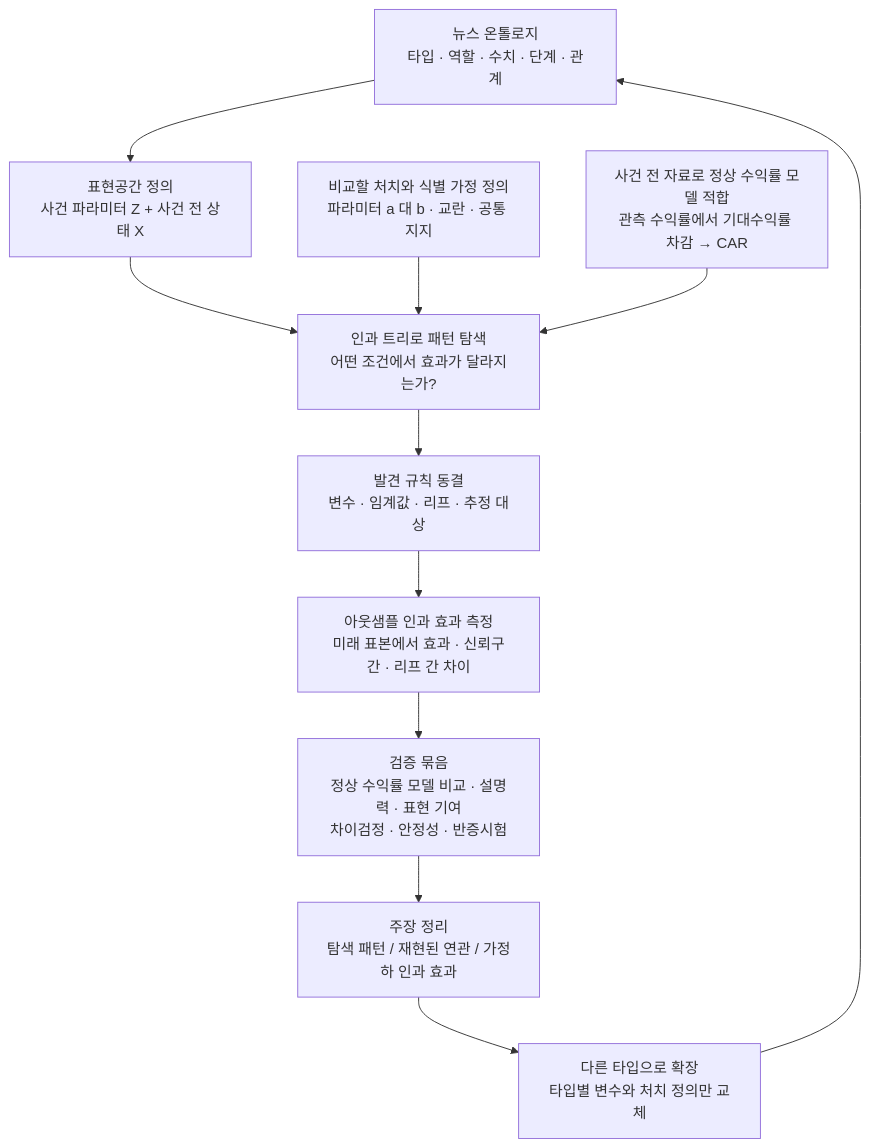
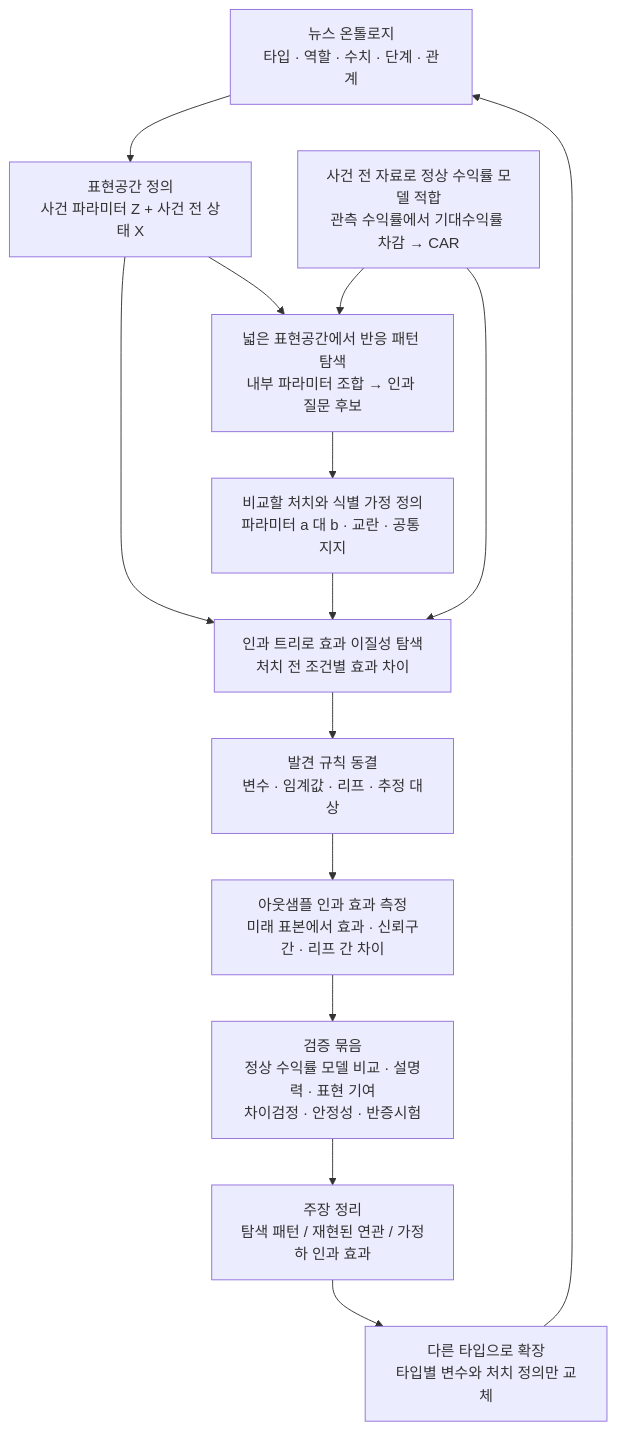
Before and after one commit to alphaeveryday/edge: the diagram in docs/research/README.md, drawn with Mermaid. The commit also changed other lines of this file and 4 other files, not shown here.

````diff
--- a/docs/research/README.md
+++ b/docs/research/README.md
@@ -9,13 +9,16 @@
 ```mermaid
 flowchart TD
     A["뉴스 온톨로지<br/>타입 · 역할 · 수치 · 단계 · 관계"] --> B["표현공간 정의<br/>사건 파라미터 Z + 사건 전 상태 X"]
-    B --> C["인과 트리로 패턴 탐색<br/>어떤 조건에서 효과가 달라지는가?"]
+    B --> R["넓은 표현공간에서 반응 패턴 탐색<br/>내부 파라미터 조합 → 인과 질문 후보"]
+    R --> I
+    B --> C["인과 트리로 효과 이질성 탐색<br/>처치 전 조건별 효과 차이"]
     I["비교할 처치와 식별 가정 정의<br/>파라미터 a 대 b · 교란 · 공통 지지"] --> C
     N["사건 전 자료로 정상 수익률 모델 적합<br/>관측 수익률에서 기대수익률 차감 → CAR"] --> C
+    N --> R
     C --> D["발견 규칙 동결<br/>변수 · 임계값 · 리프 · 추정 대상"]
     D --> E["아웃샘플 인과 효과 측정<br/>미래 표본에서 효과 · 신뢰구간 · 리프 간 차이"]
     E --> F["검증 묶음<br/>정상 수익률 모델 비교 · 설명력 · 표현 기여<br/>차이검정 · 안정성 · 반증시험"]
     F --> G["주장 정리<br/>탐색 패턴 / 재현된 연관 / 가정하 인과 효과"]
     G --> H["다른 타입으로 확장<br/>타입별 변수와 처치 정의만 교체"]
     H --> A
 ```
````
